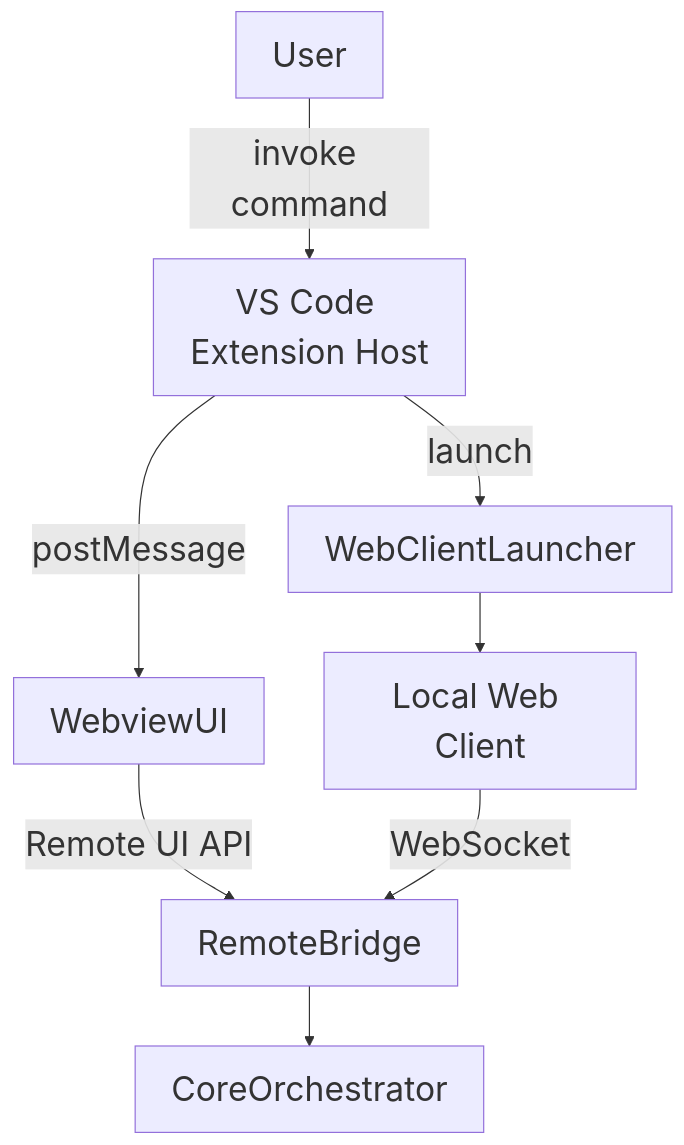
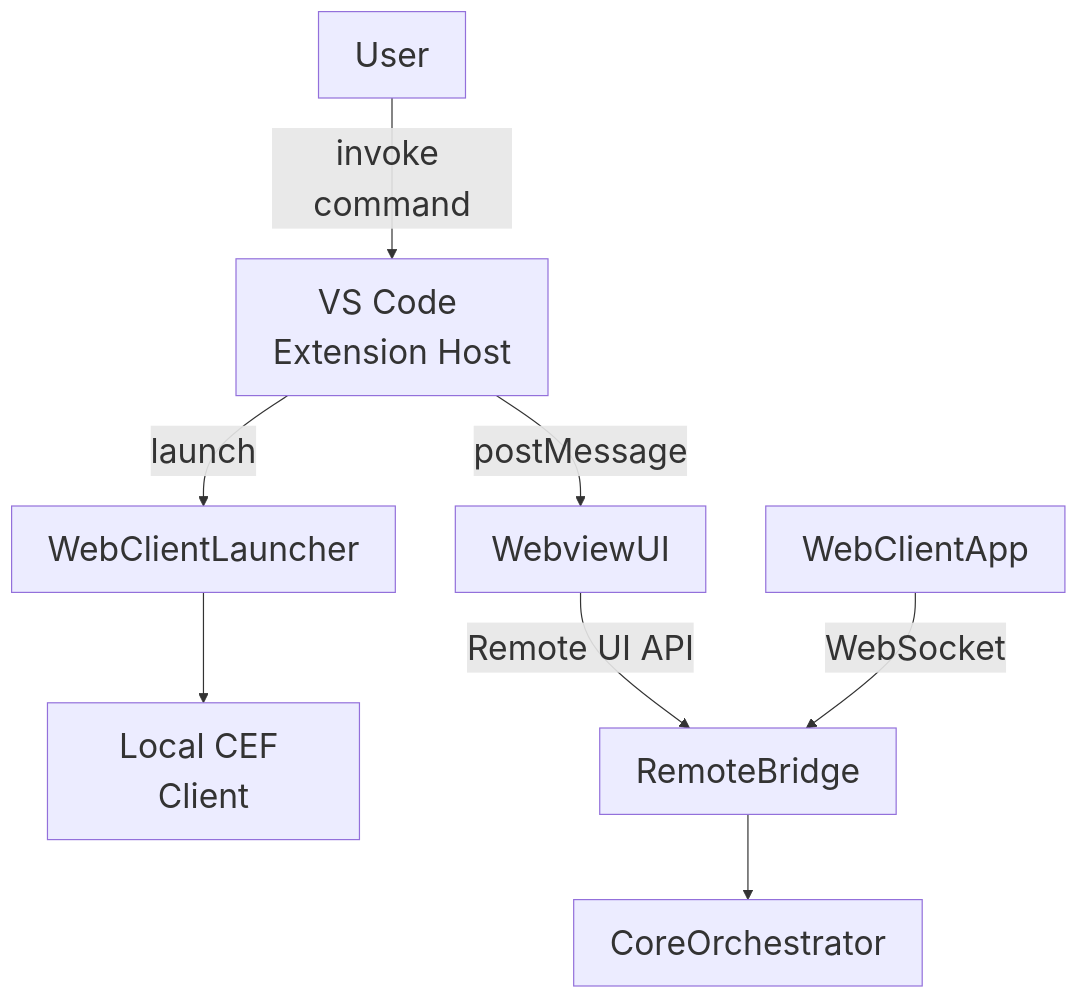
The diagram in doc/Architecture/Architecture.md (OleynikAleksandr/CodeAI-Hub), drawn with Mermaid before and after one commit. The commit also changed other lines of this file and 22 other files, not shown here.

````diff
--- a/doc/Architecture/Architecture.md
+++ b/doc/Architecture/Architecture.md
@@ -18,11 +18,11 @@
 ```mermaid
 %%{init: {'themeVariables': { 'fontSize': '28px'}}}%%
 graph TD
     User -->|invoke command| VSCodeHost[VS Code Extension Host]
     VSCodeHost -->|postMessage| WebviewUI
     VSCodeHost -->|launch| WebClientLauncher
-    WebClientLauncher --> WebClientApp[Local Web Client]
+    WebClientLauncher --> CefClient[Local CEF Client]
     WebviewUI -->|Remote UI API| RemoteBridge
     WebClientApp -->|WebSocket| RemoteBridge
     RemoteBridge --> CoreOrchestrator
 ```
````
